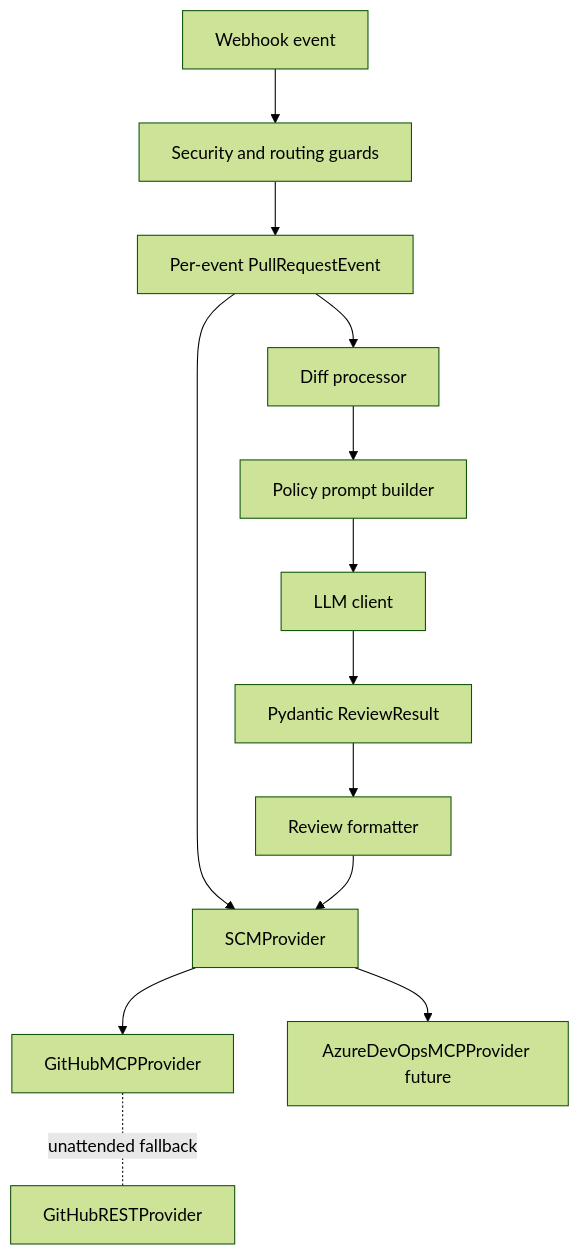
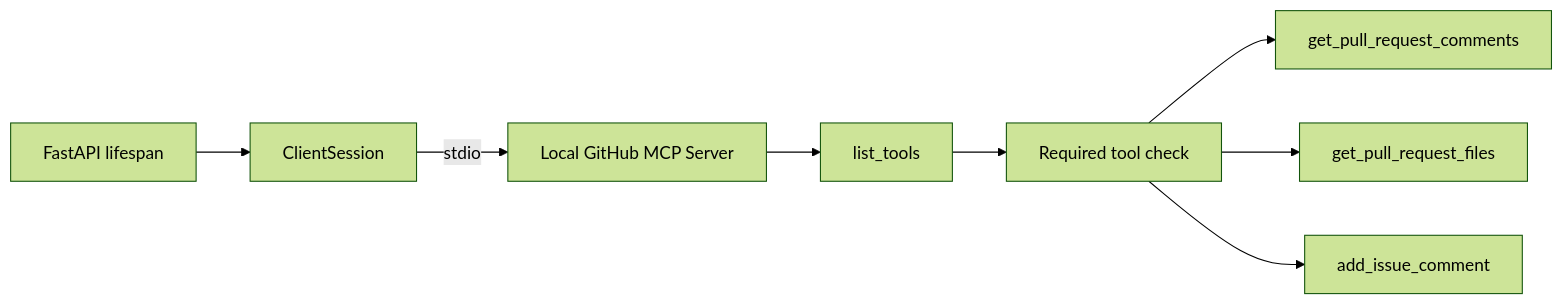
Before and after one commit to Mahalakshmi-M26/ai-code-review-agent: the third of 4 diagrams in docs/architecture.md, drawn with Mermaid (forest theme). The commit also changed other lines of this file and 26 other files, not shown here.

````diff
--- a/docs/architecture.md
+++ b/docs/architecture.md
@@ -22,15 +60,10 @@
 ```mermaid
-flowchart TB
-  Event[Webhook event] --> Guard[Security and routing guards]
-  Guard --> Context[Per-event PullRequestEvent]
-  Context --> Provider[SCMProvider]
-  Provider --> Github[GitHubMCPProvider]
-  Github -.unattended fallback.- Rest[GitHubRESTProvider]
-  Provider --> Azure[AzureDevOpsMCPProvider future]
-  Context --> Diff[Diff processor]
-  Diff --> Prompt[Policy prompt builder]
-  Prompt --> LLM[LLM client]
-  LLM --> Result[Pydantic ReviewResult]
-  Result --> Format[Review formatter]
-  Format --> Provider
+flowchart LR
+  Startup[FastAPI lifespan] --> Session[ClientSession]
+  Session -->|stdio| Server[Local GitHub MCP Server]
+  Server --> Discovery[list_tools]
+  Discovery --> Required[Required tool check]
+  Required --> Comments[get_pull_request_comments]
+  Required --> Files[get_pull_request_files]
+  Required --> Comment[add_issue_comment]
 ```
````
